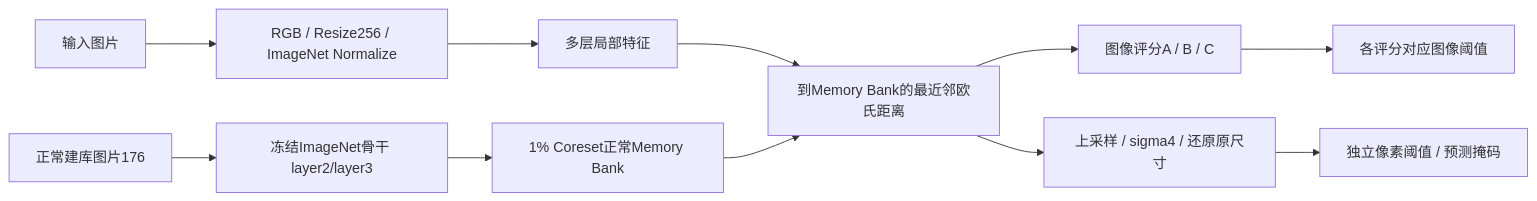
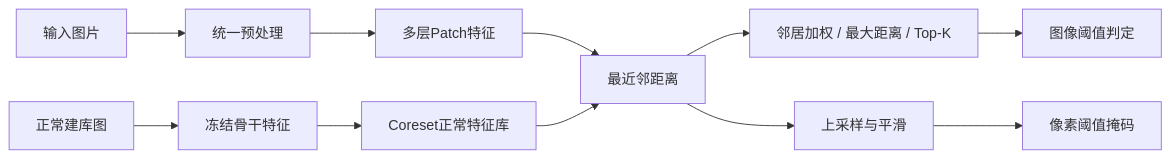
Before and after one commit to CJ2323232/industrial-anomaly-inspection: the diagram in README.md, drawn with Mermaid. The commit also changed other lines of this file and 118 other files, not shown here.

````diff
--- a/README.md
+++ b/README.md
@@ -24,13 +48,13 @@
-```mermaid
+~~~mermaid
 flowchart LR
-  N[正常建库图片176] --> F[冻结ImageNet骨干 layer2/layer3]
-  F --> M[1% Coreset正常Memory Bank]
-  I[输入图片] --> P[RGB / Resize256 / ImageNet Normalize]
-  P --> Q[多层局部特征]
-  Q --> D[到Memory Bank的最近邻欧氏距离]
+  N[正常建库图] --> F[冻结骨干特征]
+  F --> M[Coreset正常特征库]
+  I[输入图片] --> P[统一预处理]
+  P --> Q[多层Patch特征]
+  Q --> D[最近邻距离]
   M --> D
-  D --> S[图像评分A / B / C]
-  D --> H[上采样 / sigma4 / 还原原尺寸]
-  S --> T[各评分对应图像阈值]
-  H --> U[独立像素阈值 / 预测掩码]
-```
+  D --> S[邻居加权 / 最大距离 / Top-K]
+  D --> H[上采样与平滑]
+  S --> A[图像阈值判定]
+  H --> B[像素阈值掩码]
+~~~
````
